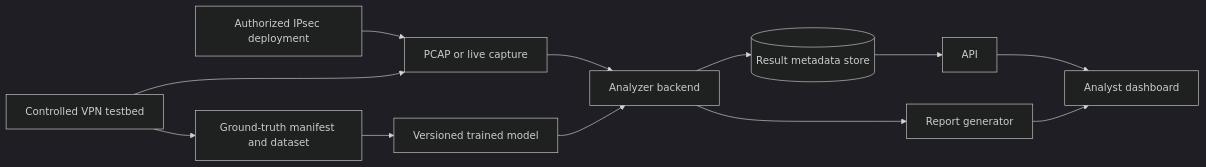
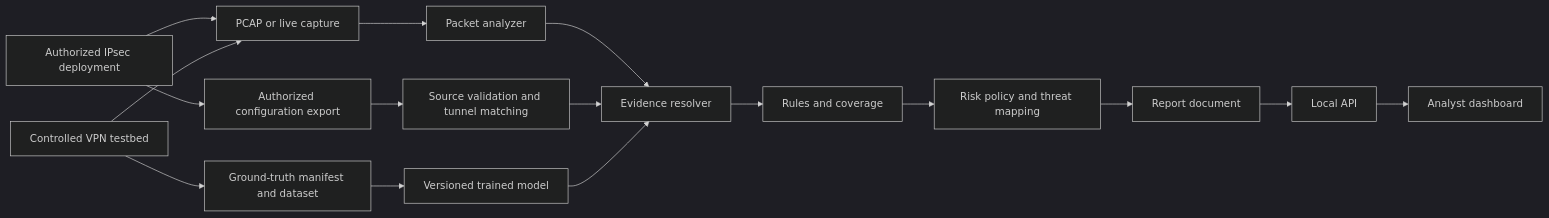
Before and after one commit to tishanbrijesh-rgb/IPsec-Analyzer: the first of 2 diagrams in ARCHITECTURE.md, drawn with Mermaid (dark theme). The commit also changed other lines of this file and 3 other files, not shown here.

Commit message:
Align SIH implementation plan and architecture

````diff
--- a/ARCHITECTURE.md
+++ b/ARCHITECTURE.md
@@ -33,14 +49,18 @@
 ```mermaid
 flowchart LR
   A[Authorized IPsec deployment] --> C[PCAP or live capture]
   T[Controlled VPN testbed] --> C
   T --> G[Ground-truth manifest and dataset]
   G --> M[Versioned trained model]
-  C --> I[Analyzer backend]
-  M --> I
-  I --> S[(Result metadata store)]
-  I --> R[Report generator]
-  S --> P[API]
+  C --> I[Packet analyzer]
+  A --> X[Authorized configuration export]
+  X --> V[Source validation and tunnel matching]
+  I --> E[Evidence resolver]
+  V --> E
+  M --> E
+  E --> Q[Rules and coverage]
+  Q --> S[Risk policy and threat mapping]
+  S --> R[Report document]
+  R --> P[Local API]
   P --> U[Analyst dashboard]
-  R --> U
 ```
````
